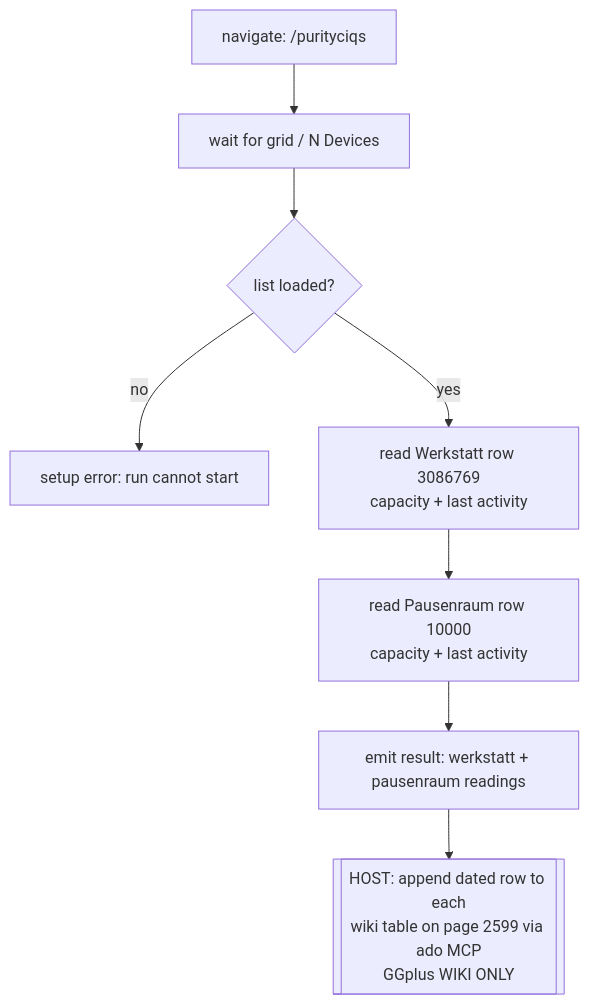
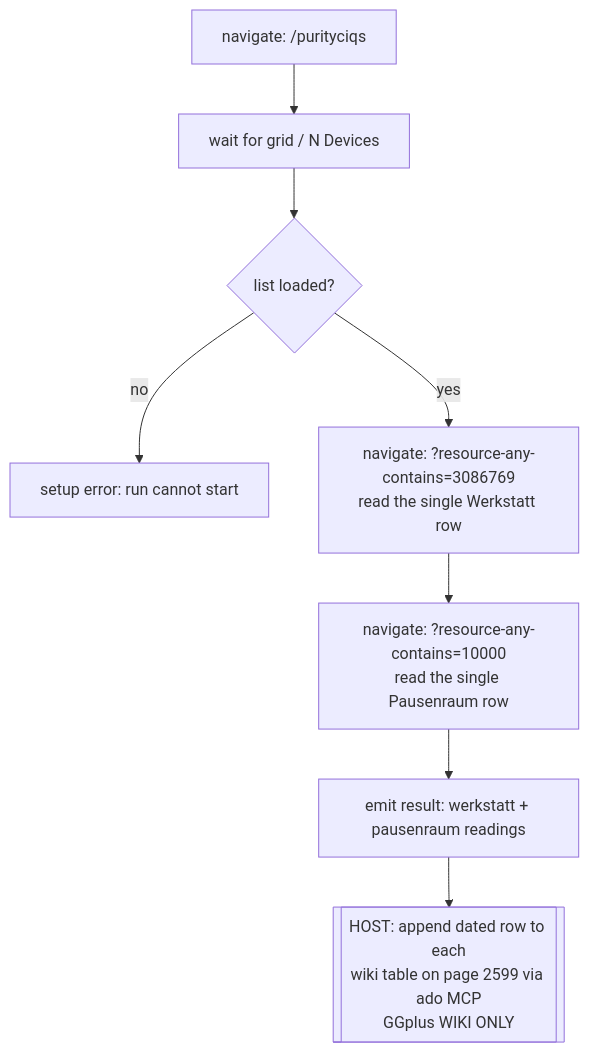
Before and after one commit to noskule-cc/SiteMapper: the diagram in sites/iq-brita-net/workflows/itest-daily-readout.md, drawn with Mermaid. The commit also changed other lines of this file and 2 other files, not shown here.

Commit message:
Fix iQ-Meter readout: the /purityciqs grid is virtualized
The daily readout scanned the whole device list, relying on a page gotcha
claiming get_page_text returns all 18 rows at once. It does not: the grid is a
MUI TableContainer with an inner scroller that mounts only ~16 rows at a time
and unmounts the rest, so a target device can be absent from the DOM entirely.

Confirmed 2026-08-03 — two reads minutes apart returned a different 16 (union
= 18), and the two most recently active devices dropped out between them.
Resetting scrollTop did not remount them. That run found both test devices
only by luck of render timing; a miss would have looked like a clean read.

Isolate one device per page load via the URL-backed search filter instead:
?resource-any-contains=<fragment> survives a full load, pre-fills the Search
box, and leaves exactly one row. Reads now require exactly one match, so zero
or multiple rows is an error rather than a silent partial read.

The N Devices label is the server-side total, not a DOM row count, and is not
rendered at all while a filter is active — demoted to a liveness check.

````diff
--- a/sites/iq-brita-net/workflows/itest-daily-readout.md
+++ b/sites/iq-brita-net/workflows/itest-daily-readout.md
@@ -15,10 +15,10 @@
 ```mermaid
 flowchart TD
     A[navigate: /purityciqs] --> B[wait for grid / N Devices]
     B --> C{list loaded?}
     C -- no --> X[setup error: run cannot start]
-    C -- yes --> D[read Werkstatt row 3086769<br/>capacity + last activity]
-    D --> E[read Pausenraum row 10000<br/>capacity + last activity]
+    C -- yes --> D[navigate: ?resource-any-contains=3086769<br/>read the single Werkstatt row]
+    D --> E[navigate: ?resource-any-contains=10000<br/>read the single Pausenraum row]
     E --> F[emit result: werkstatt + pausenraum readings]
     F --> G[[HOST: append dated row to each<br/>wiki table on page 2599 via ado MCP<br/>GGplus WIKI ONLY]]
 ```
````
